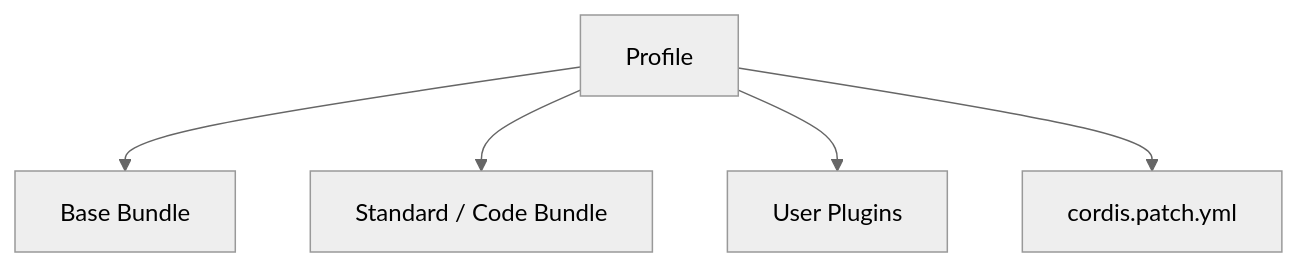
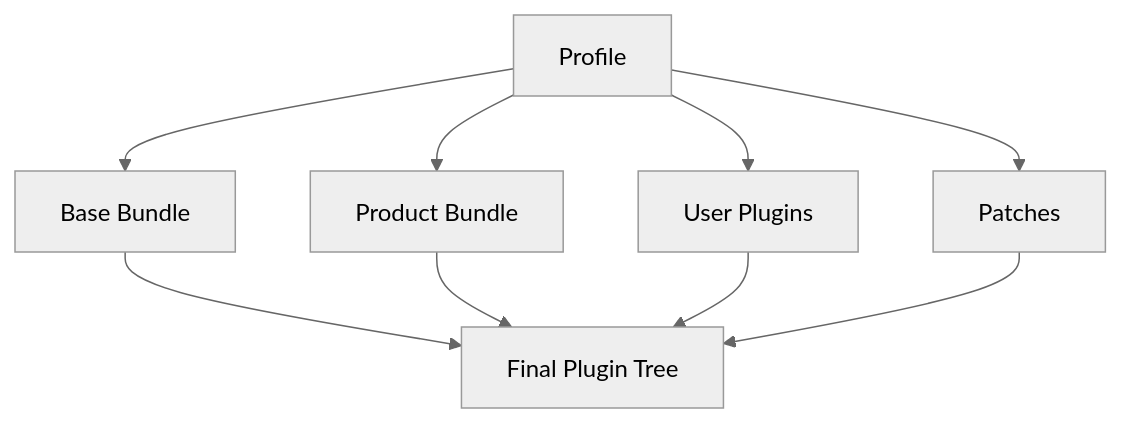
The fourth of 4 diagrams in docs/deepseek/architecture.md (indigofeather/harness-book), drawn with Mermaid (neutral theme) before and after one commit. The commit also changed other lines of this file and 48 other files, not shown here.

````diff
--- a/docs/deepseek/architecture.md
+++ b/docs/deepseek/architecture.md
@@ -165,8 +126,12 @@
 ```mermaid
 flowchart TB
   P[Profile]
   P --> B1[Base Bundle]
-  P --> B2[Standard / Code Bundle]
+  P --> B2[Product Bundle]
   P --> U[User Plugins]
-  P --> PATCH[cordis.patch.yml]
+  P --> PATCH[Patches]
+  B1 --> R[Final Plugin Tree]
+  B2 --> R
+  U --> R
+  PATCH --> R
 ```
````
